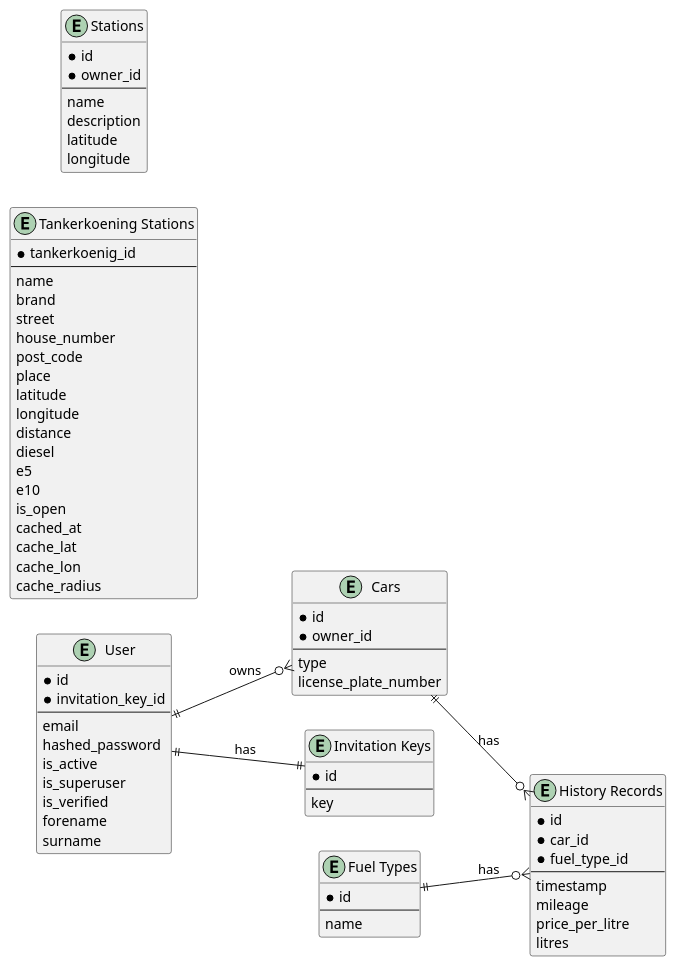
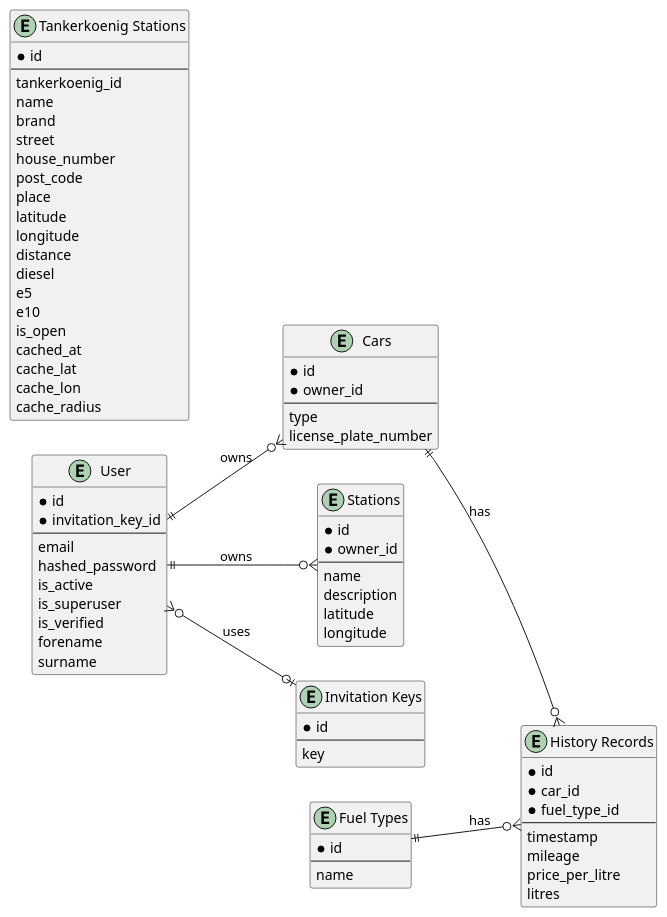
The diagram in docs/er-model.md (SQS-THRO/Tanker24), drawn with PlantUML before and after one commit.

Commit message:
Small correction in ER model

```diff
--- a/docs/er-model.md
+++ b/docs/er-model.md
@@ -45,9 +45,10 @@
   litres
 }
 
-entity "Tankerkoening Stations" as TankerkoenigStation {
-  *tankerkoenig_id
+entity "Tankerkoenig Stations" as TankerkoenigStation {
+  *id
   --
+  tankerkoenig_id
   name
   brand
   street
@@ -83,8 +84,9 @@
   key
 }
 
-User ||--|| InvitationKeys: has
+User }o--o| InvitationKeys: uses
 User ||--o{ Car : owns
+User ||--o{ Stations : owns
 Car ||--o{ HistoryRecord : has
 FuelType ||--o{ HistoryRecord : has
 
```
